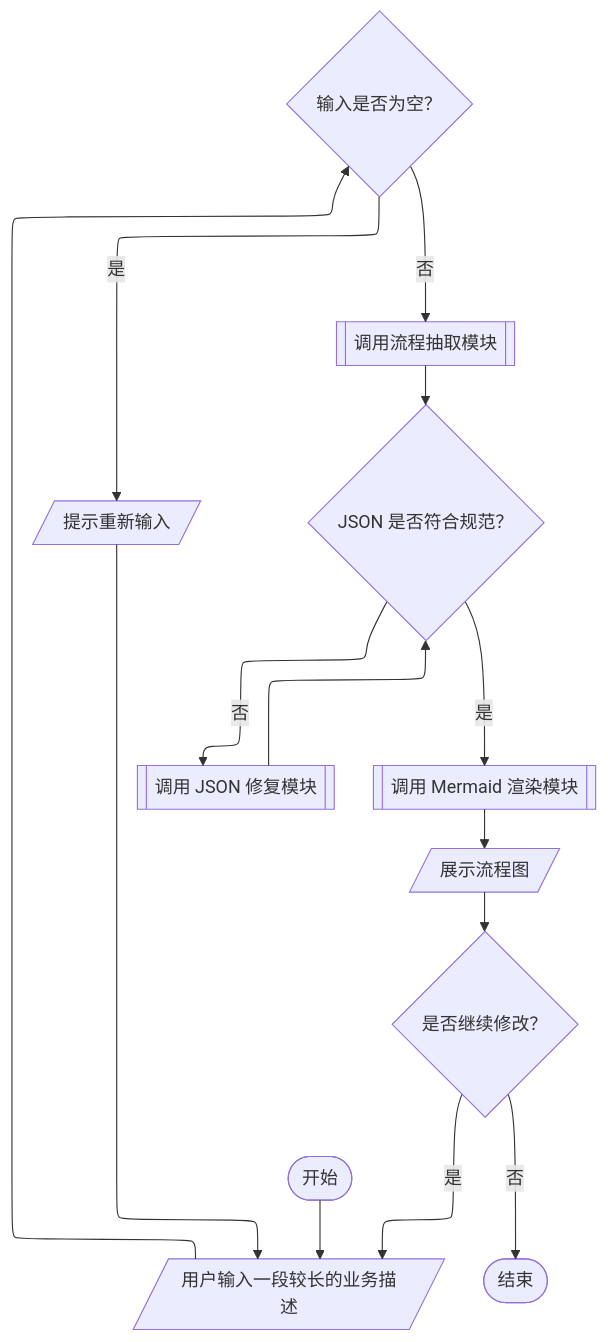
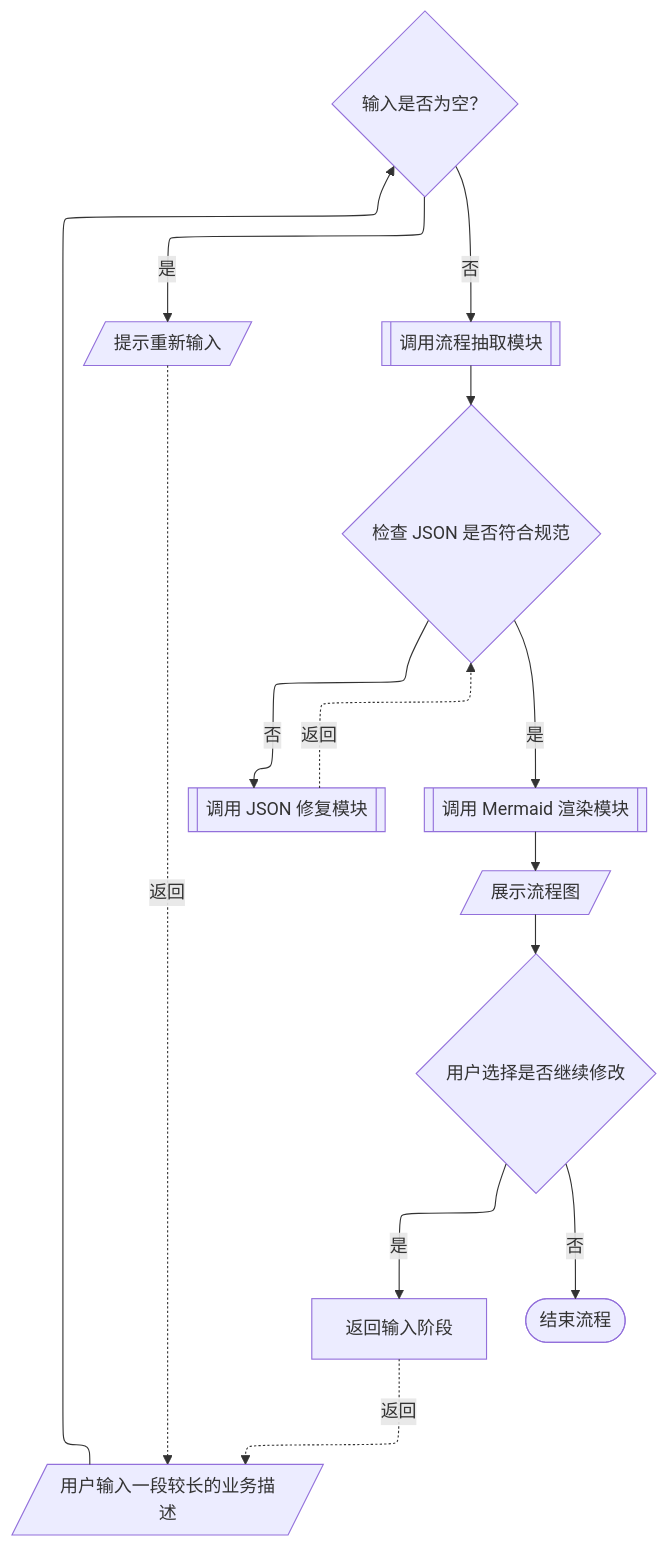
The diagram in diagrams/branch_flowchart.mmd (pujipia/Agent-Practise), drawn with Mermaid before and after one commit. The commit also changed 3 other files, not shown here.

```diff
--- a/diagrams/branch_flowchart.mmd
+++ b/diagrams/branch_flowchart.mmd
@@ -1,27 +1,27 @@
 %%{init: {"flowchart": {"defaultRenderer": "elk"}}}%%
 flowchart TD
-A(["开始"])
-B[/"用户输入一段较长的业务描述"/]
-C{"输入是否为空？"}
-D[/"提示重新输入"/]
-E[["调用流程抽取模块"]]
-F{"JSON 是否符合规范？"}
-G[["调用 JSON 修复模块"]]
+A[/"用户输入一段较长的业务描述"/]
+B{"输入是否为空？"}
+C[/"提示重新输入"/]
+D[["调用流程抽取模块"]]
+E{"检查 JSON 是否符合规范"}
+F[["调用 JSON 修复模块"]]
 H[["调用 Mermaid 渲染模块"]]
 I[/"展示流程图"/]
-J{"是否继续修改？"}
-K(["结束"])
+J{"用户选择是否继续修改"}
+K["返回输入阶段"]
+L(["结束流程"])
 
 A --> B
-B --> C
-C -->|是| D
-C -->|否| E
-E --> F
-F -->|否| G
-G --> F
-F -->|是| H
+B -->|是| C
+C -.->|返回| A
+B -->|否| D
+D --> E
+E -->|否| F
+F -.->|返回| E
+E -->|是| H
 H --> I
 I --> J
-J -->|否| K
-J -->|是| B
-D --> B
+J -->|是| K
+K -.->|返回| A
+J -->|否| L
```
